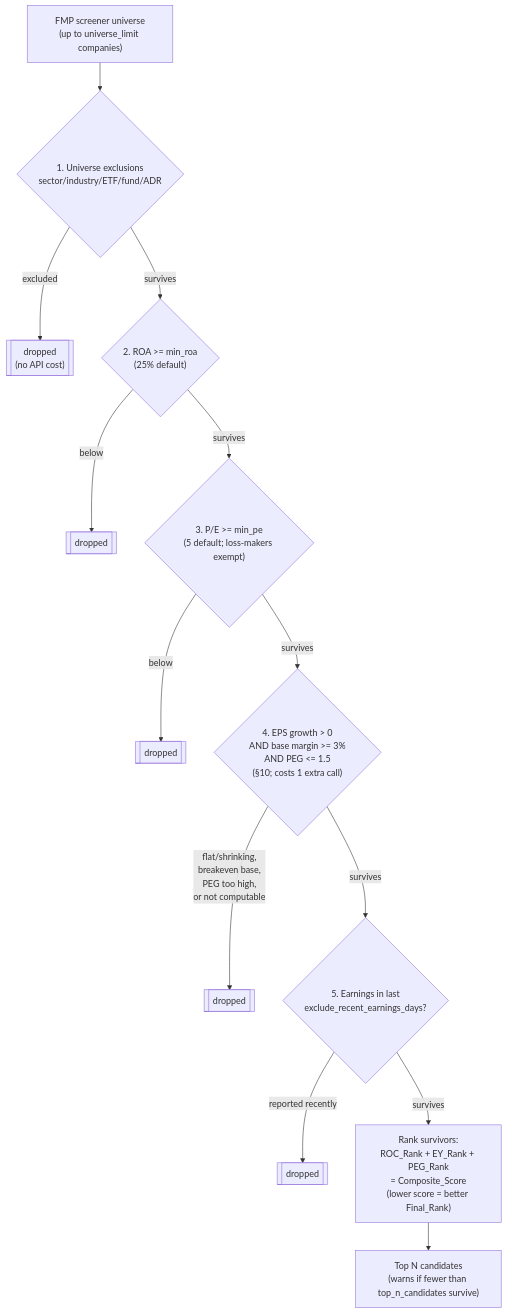
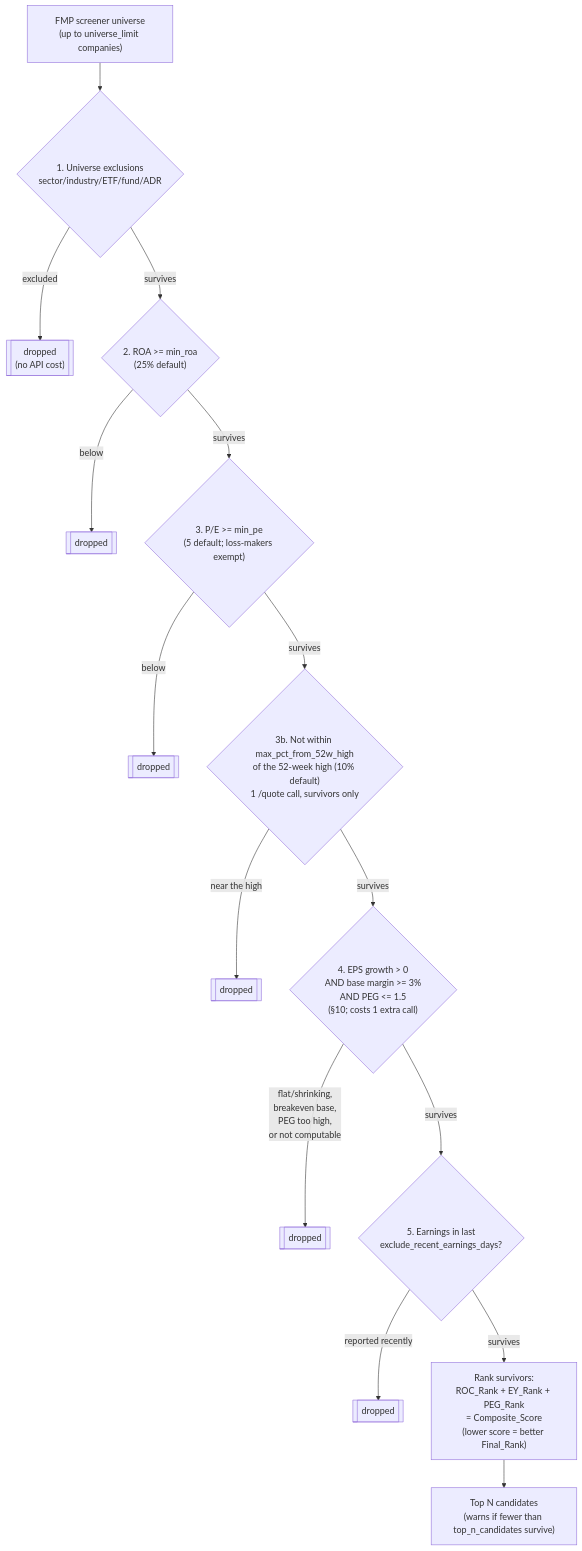
The third of 6 diagrams in src/specs/agent_architecture.md (sun4github/magic-stock-picker), drawn with Mermaid before and after one commit. The commit also changed other lines of this file and 5 other files, not shown here.

First line of the commit message:
Document the 52-week-high gate and keep the single-ticker check in sync

````diff
--- a/src/specs/agent_architecture.md
+++ b/src/specs/agent_architecture.md
@@ -557,15 +565,17 @@
 ```mermaid
 flowchart TD
     U["FMP screener universe\n(up to universe_limit companies)"] --> G1{"1. Universe exclusions\nsector/industry/ETF/fund/ADR"}
     G1 -->|excluded| Drop1[["dropped\n(no API cost)"]]
     G1 -->|survives| G2{"2. ROA >= min_roa\n(25% default)"}
     G2 -->|below| Drop2[["dropped"]]
     G2 -->|survives| G3{"3. P/E >= min_pe\n(5 default; loss-makers exempt)"}
     G3 -->|below| Drop3[["dropped"]]
-    G3 -->|survives| G5{"4. EPS growth > 0\nAND base margin >= 3%\nAND PEG <= 1.5\n(§10; costs 1 extra call)"}
+    G3 -->|survives| G3b{"3b. Not within max_pct_from_52w_high\nof the 52-week high (10% default)\n1 /quote call, survivors only"}
+    G3b -->|near the high| Drop3b[["dropped"]]
+    G3b -->|survives| G5{"4. EPS growth > 0\nAND base margin >= 3%\nAND PEG <= 1.5\n(§10; costs 1 extra call)"}
     G5 -->|"flat/shrinking,\nbreakeven base,\nPEG too high,\nor not computable"| Drop5[["dropped"]]
     G5 -->|survives| G4{"5. Earnings in last\nexclude_recent_earnings_days?"}
     G4 -->|"reported recently"| Drop4[["dropped"]]
     G4 -->|survives| Rank["Rank survivors:\nROC_Rank + EY_Rank + PEG_Rank\n= Composite_Score\n(lower score = better Final_Rank)"]
     Rank --> Top["Top N candidates\n(warns if fewer than top_n_candidates survive)"]
 ```
````
